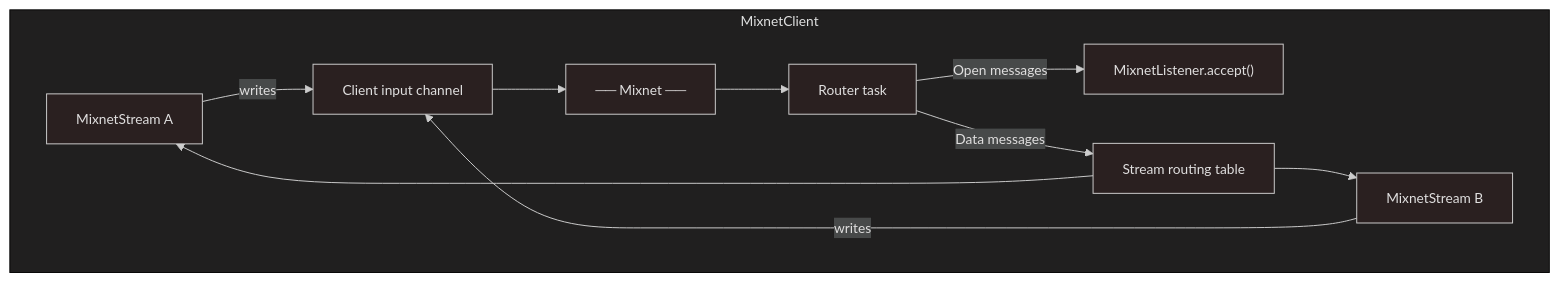
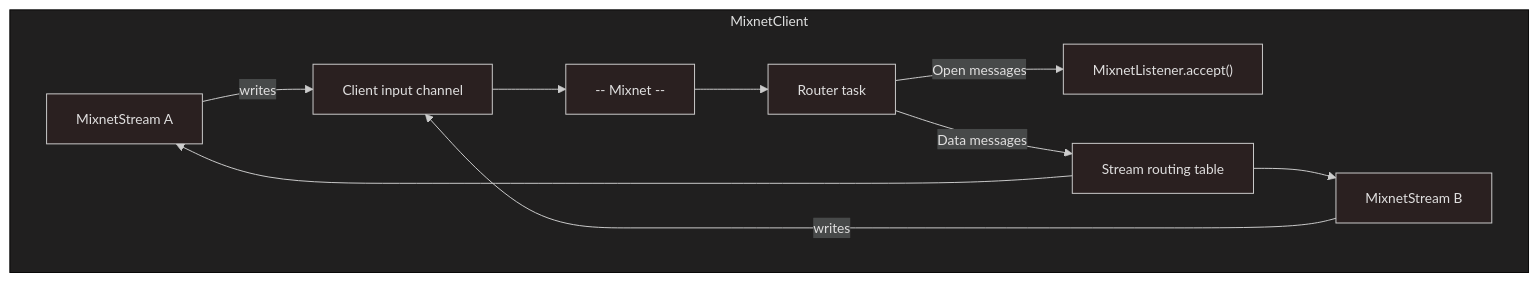
One commit to nymtech/nym changed the diagram in documentation/docs/pages/developers/rust/stream/architecture.mdx. Above: the diagram before and after it, drawn with Mermaid. The commit also changed other lines of this file and 12 other files, not shown here.

````diff
--- a/documentation/docs/pages/developers/rust/stream/architecture.mdx
+++ b/documentation/docs/pages/developers/rust/stream/architecture.mdx
@@ -11,17 +11,17 @@
 ```mermaid
 ---
 config:
   theme: neo-dark
 ---
 flowchart TD
     subgraph MixnetClient
         SA["MixnetStream A"] -->|writes| CI["Client input channel"]
         SB["MixnetStream B"] -->|writes| CI
-        CI --> MX["── Mixnet ──"]
+        CI --> MX["-- Mixnet --"]
         MX --> RT["Router task"]
         RT -->|Open messages| ML["MixnetListener.accept()"]
         RT -->|Data messages| SM["Stream routing table"]
         SM --> SA
         SM --> SB
     end
 ```
````
